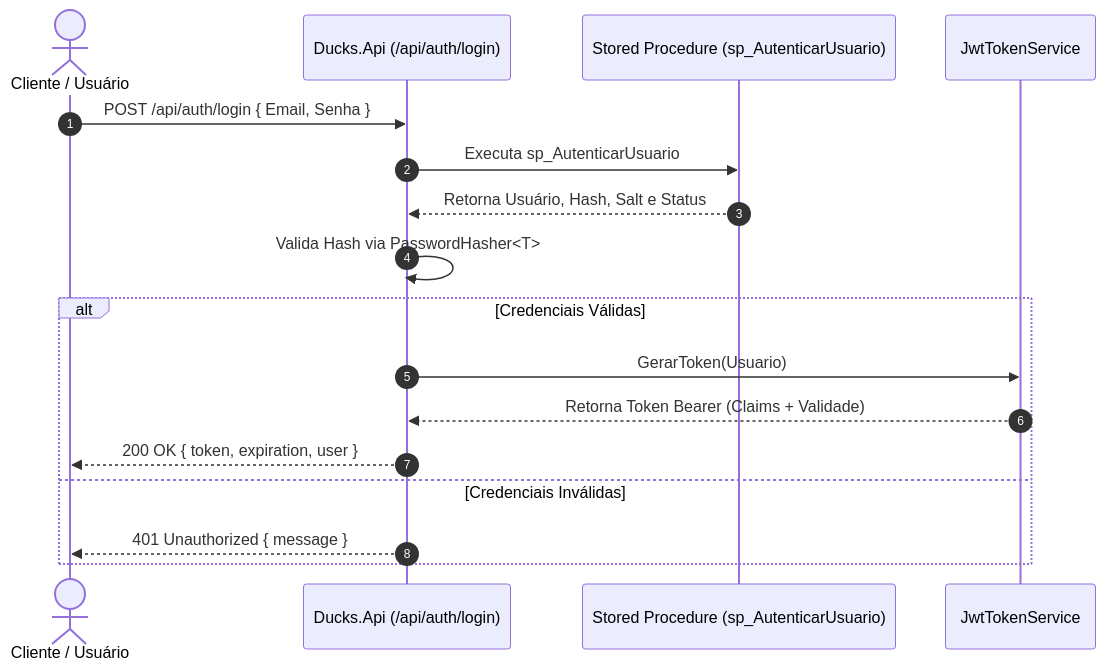
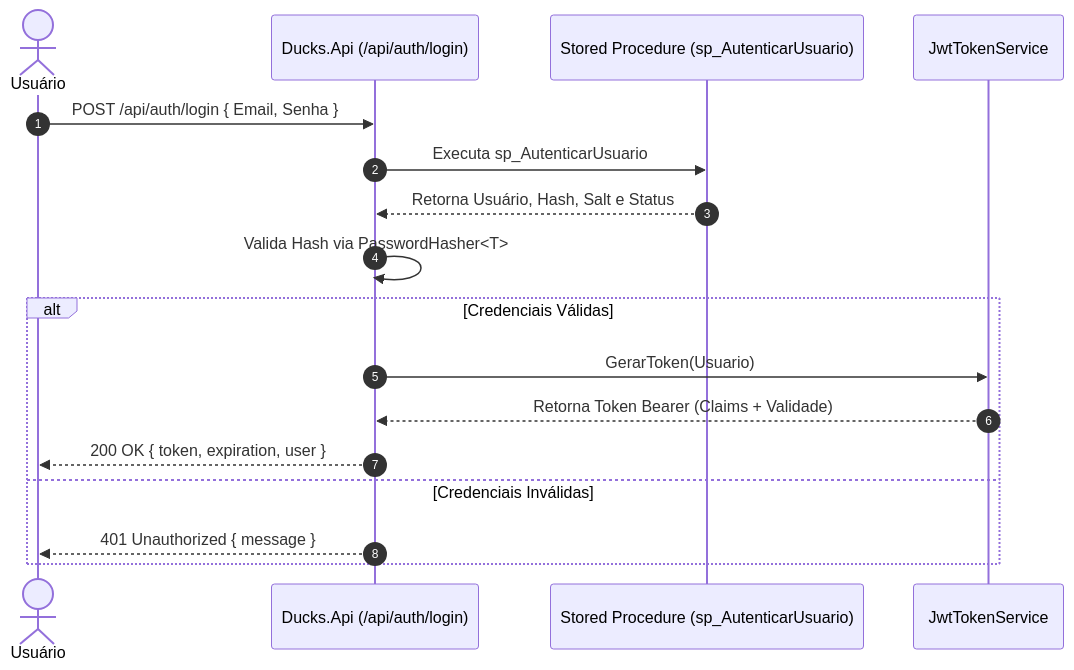
The second of 4 diagrams in Ducks.Api/DiagramasAPI.md (GabyValeria/Pim-Unip2026-Ducks), drawn with Mermaid before and after one commit. The commit also changed other lines of this file and 106 other files, not shown here.

````diff
--- a/Ducks.Api/DiagramasAPI.md
+++ b/Ducks.Api/DiagramasAPI.md
@@ -39,20 +39,20 @@
 ```mermaid
 sequenceDiagram
     autonumber
-    actor User as Cliente / Usuário
+    actor User as Usuário
     participant API as Ducks.Api (/api/auth/login)
     participant DB as Stored Procedure (sp_AutenticarUsuario)
     participant JWT as JwtTokenService
 
     User->>API: POST /api/auth/login { Email, Senha }
     API->>DB: Executa sp_AutenticarUsuario
     DB-->>API: Retorna Usuário, Hash, Salt e Status
     API->>API: Valida Hash via PasswordHasher<T>
     alt Credenciais Válidas
         API->>JWT: GerarToken(Usuario)
         JWT-->>API: Retorna Token Bearer (Claims + Validade)
         API-->>User: 200 OK { token, expiration, user }
     else Credenciais Inválidas
         API-->>User: 401 Unauthorized { message }
     end
 ```
````
